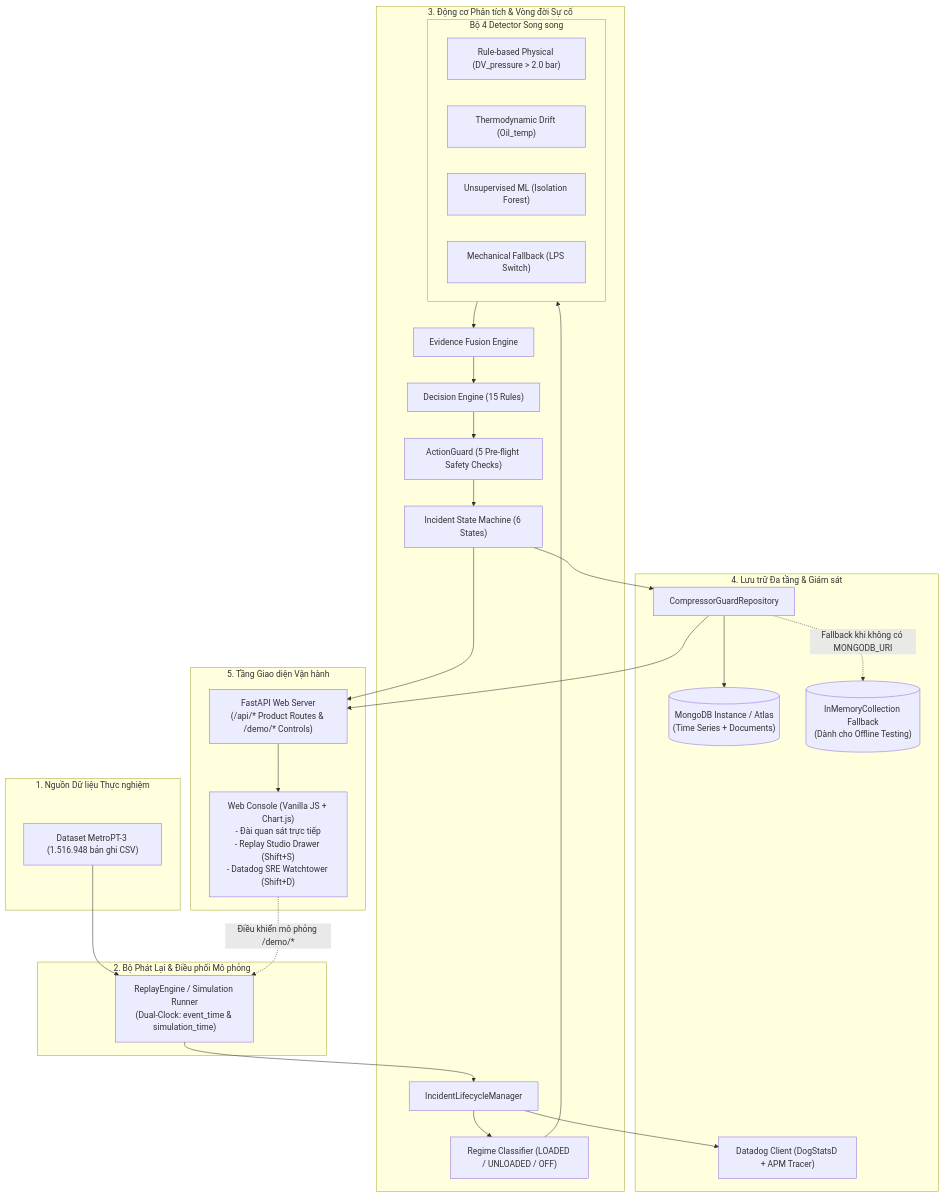
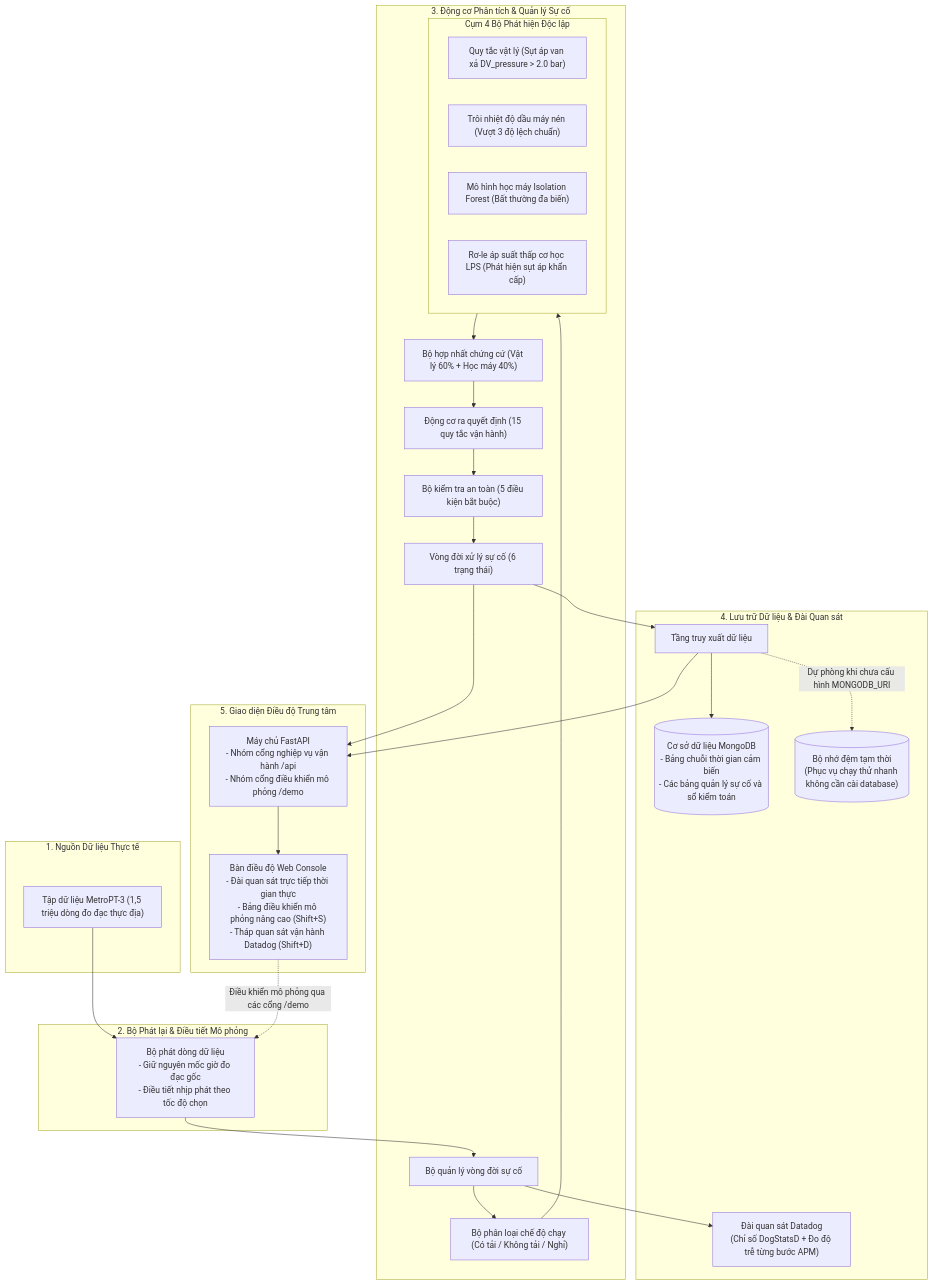
The first of 2 diagrams in docs/01_SYSTEM_ARCHITECTURE.md (gnuhhung317/rails-ops), drawn with Mermaid before and after one commit. The commit also changed other lines of this file and 3 other files, not shown here.

````diff
--- a/docs/01_SYSTEM_ARCHITECTURE.md
+++ b/docs/01_SYSTEM_ARCHITECTURE.md
@@ -12,59 +12,59 @@
 ```mermaid
 flowchart TD
-    subgraph Data_Source ["1. Nguồn Dữ liệu Thực nghiệm"]
-        CSV["Dataset MetroPT-3 (1.516.948 bản ghi CSV)"]
+    subgraph Data_Source ["1. Nguồn Dữ liệu Thực tế"]
+        CSV["Tập dữ liệu MetroPT-3 (1,5 triệu dòng đo đạc thực địa)"]
     end
 
-    subgraph Replay_Layer ["2. Bộ Phát Lại & Điều phối Mô phỏng"]
-        RE["ReplayEngine / Simulation Runner\n(Dual-Clock: event_time & simulation_time)"]
+    subgraph Replay_Layer ["2. Bộ Phát lại & Điều tiết Mô phỏng"]
+        RE["Bộ phát dòng dữ liệu\n- Giữ nguyên mốc giờ đo đạc gốc\n- Điều tiết nhịp phát theo tốc độ chọn"]
     end
 
-    subgraph Core_Engine ["3. Động cơ Phân tích & Vòng đời Sự cố"]
-        ILM["IncidentLifecycleManager"]
-        RC["Regime Classifier (LOADED / UNLOADED / OFF)"]
+    subgraph Core_Engine ["3. Động cơ Phân tích & Quản lý Sự cố"]
+        ILM["Bộ quản lý vòng đời sự cố"]
+        RC["Bộ phân loại chế độ chạy (Có tải / Không tải / Nghỉ)"]
         
-        subgraph Detectors ["Bộ 4 Detector Song song"]
-            D1["Rule-based Physical (DV_pressure > 2.0 bar)"]
-            D2["Thermodynamic Drift (Oil_temp)"]
-            D3["Unsupervised ML (Isolation Forest)"]
-            D4["Mechanical Fallback (LPS Switch)"]
+        subgraph Detectors ["Cụm 4 Bộ Phát hiện Độc lập"]
+            D1["Quy tắc vật lý (Sụt áp van xả DV_pressure > 2.0 bar)"]
+            D2["Trôi nhiệt độ dầu máy nén (Vượt 3 độ lệch chuẩn)"]
+            D3["Mô hình học máy Isolation Forest (Bất thường đa biến)"]
+            D4["Rơ-le áp suất thấp cơ học LPS (Phát hiện sụt áp khẩn cấp)"]
         end
 
-        EF["Evidence Fusion Engine"]
-        DE["Decision Engine (15 Rules)"]
-        AG["ActionGuard (5 Pre-flight Safety Checks)"]
-        SM["Incident State Machine (6 States)"]
+        EF["Bộ hợp nhất chứng cứ (Vật lý 60% + Học máy 40%)"]
+        DE["Động cơ ra quyết định (15 quy tắc vận hành)"]
+        AG["Bộ kiểm tra an toàn (5 điều kiện bắt buộc)"]
+        SM["Vòng đời xử lý sự cố (6 trạng thái)"]
     end
 
-    subgraph Storage_Observability ["4. Lưu trữ Đa tầng & Giám sát"]
-        REPO["CompressorGuardRepository"]
-        MDB[("MongoDB Instance / Atlas\n(Time Series + Documents)")]
-        MEM[("InMemoryCollection Fallback\n(Dành cho Offline Testing)")]
+    subgraph Storage_Observability ["4. Lưu trữ Dữ liệu & Đài Quan sát"]
+        REPO["Tầng truy xuất dữ liệu"]
+        MDB[("Cơ sở dữ liệu MongoDB\n- Bảng chuỗi thời gian cảm biến\n- Các bảng quản lý sự cố và sổ kiểm toán")]
+        MEM[("Bộ nhớ đệm tạm thời\n(Phục vụ chạy thử nhanh không cần cài database)")]
         
-        DD["Datadog Client (DogStatsD + APM Tracer)"]
+        DD["Đài quan sát Datadog\n(Chỉ số DogStatsD + Đo độ trễ từng bước APM)"]
     end
 
-    subgraph Interface_Layer ["5. Tầng Giao diện Vận hành"]
-        API["FastAPI Web Server\n(/api/* Product Routes & /demo/* Controls)"]
-        UI["Web Console (Vanilla JS + Chart.js)\n- Đài quan sát trực tiếp\n- Replay Studio Drawer (Shift+S)\n- Datadog SRE Watchtower (Shift+D)"]
+    subgraph Interface_Layer ["5. Giao diện Điều độ Trung tâm"]
+        API["Máy chủ FastAPI\n- Nhóm cổng nghiệp vụ vận hành /api\n- Nhóm cổng điều khiển mô phỏng /demo"]
+        UI["Bàn điều độ Web Console\n- Đài quan sát trực tiếp thời gian thực\n- Bảng điều khiển mô phỏng nâng cao (Shift+S)\n- Tháp quan sát vận hành Datadog (Shift+D)"]
     end
 
     CSV --> RE
     RE --> ILM
     ILM --> RC
     RC --> Detectors
     Detectors --> EF
     EF --> DE
     DE --> AG
     AG --> SM
     
     SM --> REPO
     REPO --> MDB
-    REPO -.->|Fallback khi không có MONGODB_URI| MEM
+    REPO -.->|Dự phòng khi chưa cấu hình MONGODB_URI| MEM
     
     ILM --> DD
     SM --> API
     REPO --> API
     API --> UI
-    UI -.->|Điều khiển mô phỏng /demo/*| RE
+    UI -.->|Điều khiển mô phỏng qua các cổng /demo| RE
 ```
````
